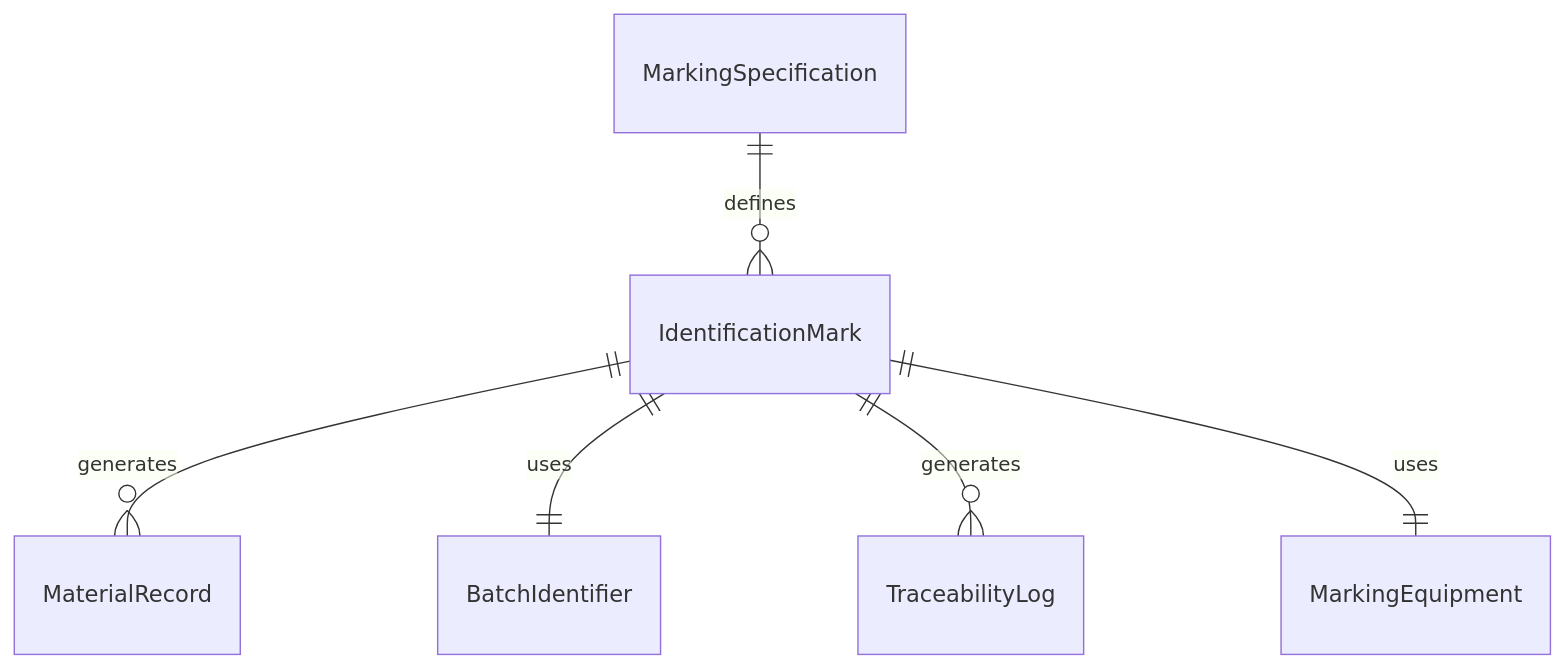
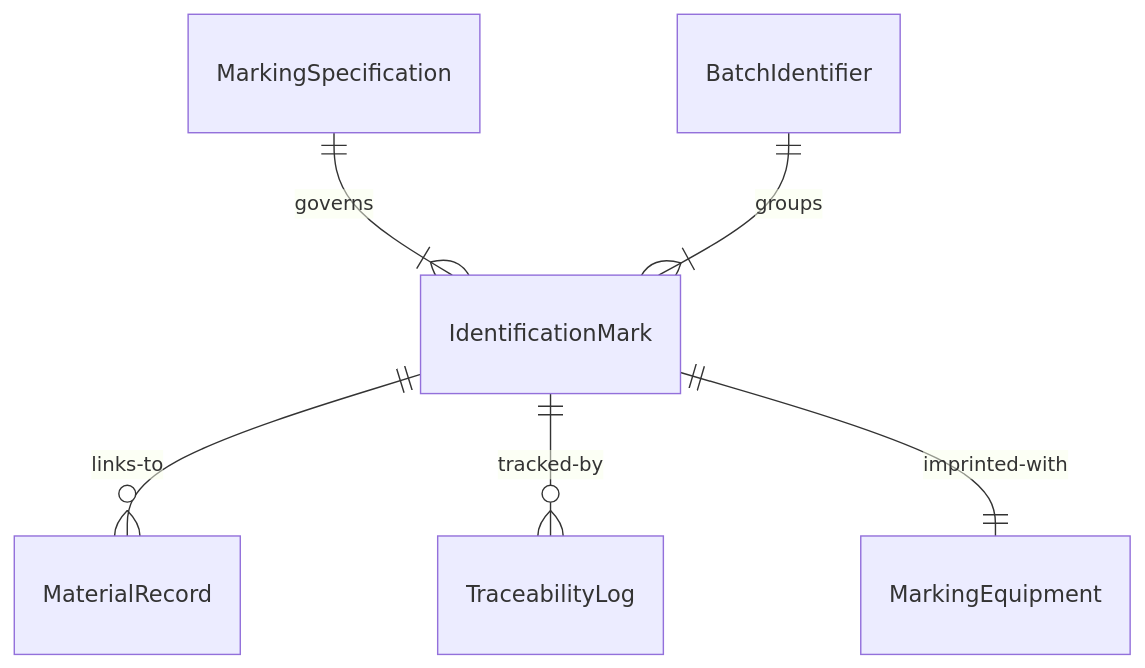
The first of 4 diagrams in IdentifyingObjectsActionsAndEvents/MarkMaterialsOrObjectsForIdentification/MarkMaterialsObjectsIdentification.mdx (dot-org-ai/tasks.org.ai), drawn with Mermaid before and after one commit. The commit also changed other lines of this file and 515 other files, not shown here.

````diff
--- a/IdentifyingObjectsActionsAndEvents/MarkMaterialsOrObjectsForIdentification/MarkMaterialsObjectsIdentification.mdx
+++ b/IdentifyingObjectsActionsAndEvents/MarkMaterialsOrObjectsForIdentification/MarkMaterialsObjectsIdentification.mdx
@@ -87,8 +87,8 @@
 ```mermaid
 erDiagram
-    IdentificationMark ||--o{ MaterialRecord : "generates"
-    MarkingSpecification ||--o{ IdentificationMark : "defines"
-    IdentificationMark ||--|| BatchIdentifier : "uses"
-    IdentificationMark ||--o{ TraceabilityLog : "generates"
-    IdentificationMark ||--|| MarkingEquipment : "uses"
+    IdentificationMark ||--o{ MaterialRecord : "links-to"
+    MarkingSpecification ||--|{ IdentificationMark : "governs"
+    BatchIdentifier ||--|{ IdentificationMark : "groups"
+    IdentificationMark ||--o{ TraceabilityLog : "tracked-by"
+    IdentificationMark ||--|| MarkingEquipment : "imprinted-with"
 ```
````
